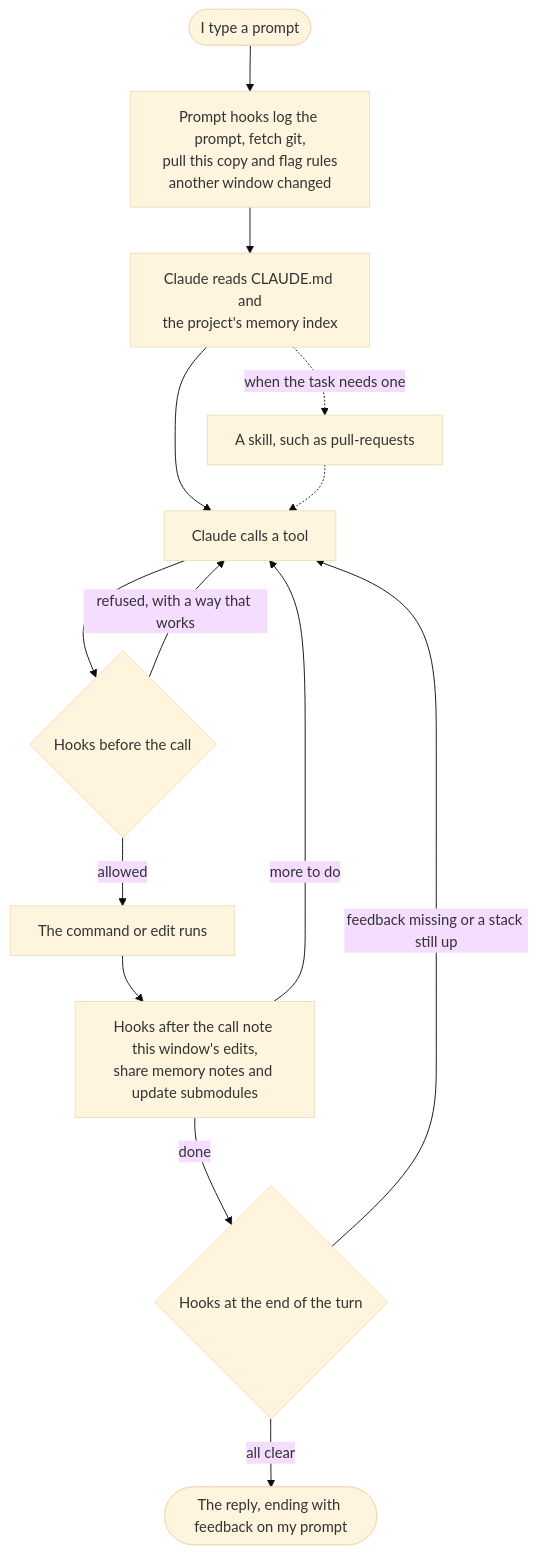
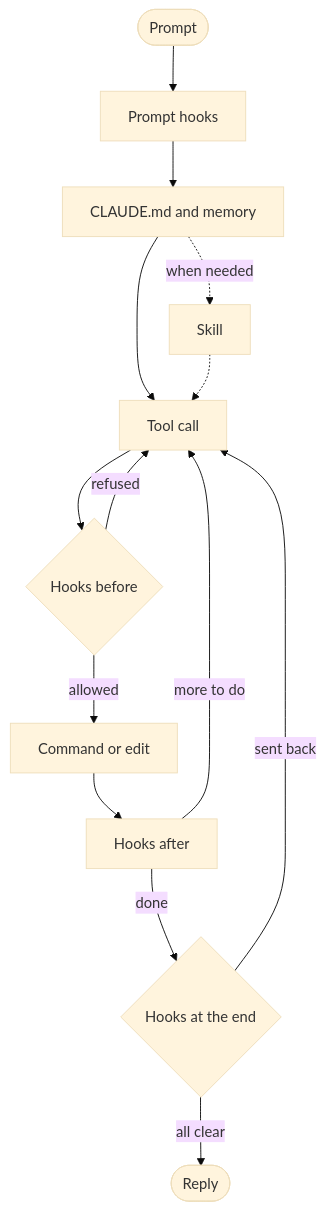
One commit to zululima/dotclaude changed the first of 2 diagrams in docs/how-it-works.md. Above: the diagram before and after it, drawn with Mermaid (base theme). The commit also changed other lines of this file and 1 other file, not shown here.

First line of the commit message:
Shorten the labels of the graphs in how-it-works.md

````diff
--- a/docs/how-it-works.md
+++ b/docs/how-it-works.md
@@ -20,22 +20,22 @@
 ```mermaid
 flowchart TD
-  start(["I type a prompt"])
-  hooksIn["Prompt hooks log the prompt, fetch git,<br/>pull this copy and flag rules<br/>another window changed"]
-  ctx["Claude reads CLAUDE.md and<br/>the project's memory index"]
-  skl["A skill, such as pull-requests"]
-  tool["Claude calls a tool"]
-  before{"Hooks before the call"}
-  runs["The command or edit runs"]
-  after["Hooks after the call note this window's edits,<br/>share memory notes and update submodules"]
-  turnEnd{"Hooks at the end of the turn"}
-  answer(["The reply, ending with feedback on my prompt"])
+  start(["Prompt"])
+  hooksIn["Prompt hooks"]
+  ctx["CLAUDE.md and memory"]
+  skl["Skill"]
+  tool["Tool call"]
+  before{"Hooks before"}
+  runs["Command or edit"]
+  after["Hooks after"]
+  turnEnd{"Hooks at the end"}
+  answer(["Reply"])
 
   start --> hooksIn --> ctx --> tool --> before
-  ctx -.->|when the task needs one| skl -.-> tool
+  ctx -.->|when needed| skl -.-> tool
   before -->|allowed| runs --> after
-  before -->|refused, with a way that works| tool
+  before -->|refused| tool
   after -->|more to do| tool
   after -->|done| turnEnd
-  turnEnd -->|feedback missing or a stack still up| tool
+  turnEnd -->|sent back| tool
   turnEnd -->|all clear| answer
 ```
````
